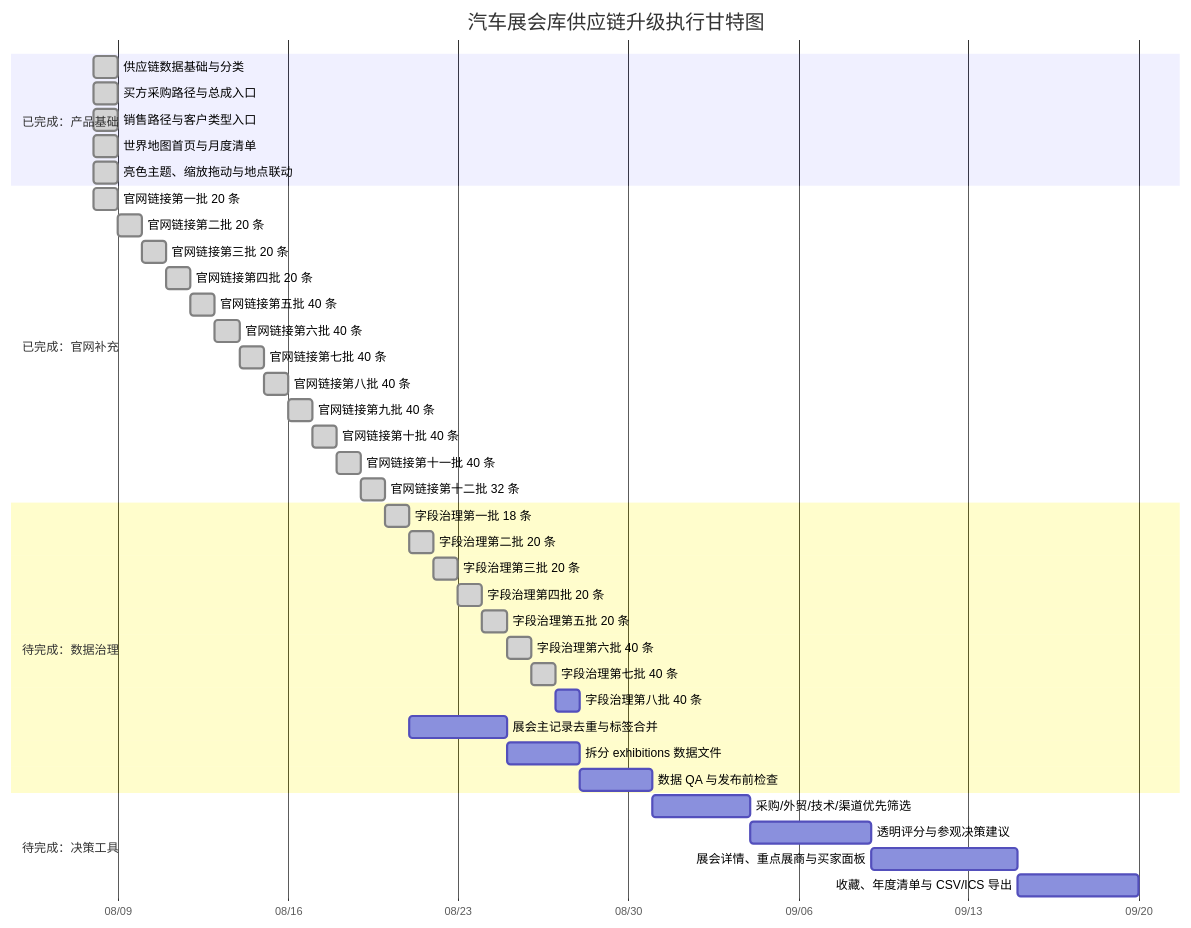
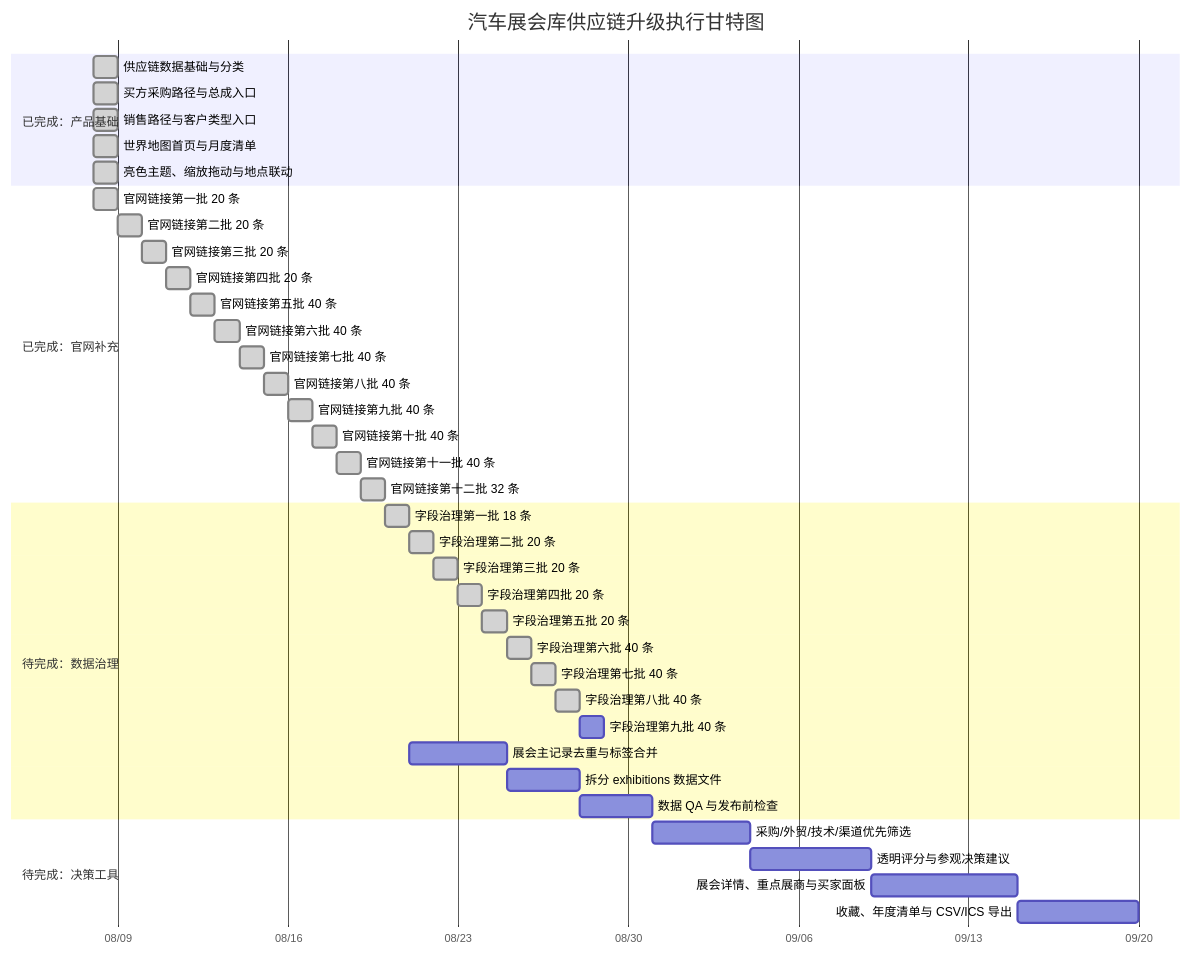
The diagram in docs/PROJECT_PROGRESS.md (Cloudyluk/auto-expo), drawn with Mermaid before and after one commit. The commit also changed other lines of this file and 3 other files, not shown here.

````diff
--- a/docs/PROJECT_PROGRESS.md
+++ b/docs/PROJECT_PROGRESS.md
@@ -20,42 +20,43 @@
 ```mermaid
 gantt
     title 汽车展会库供应链升级执行甘特图
     dateFormat  YYYY-MM-DD
     axisFormat  %m/%d
     section 已完成：产品基础
     供应链数据基础与分类             :done, foundation, 2026-08-08, 1d
     买方采购路径与总成入口           :done, buyer, 2026-08-08, 1d
     销售路径与客户类型入口           :done, seller, 2026-08-08, 1d
     世界地图首页与月度清单           :done, map, 2026-08-08, 1d
     亮色主题、缩放拖动与地点联动     :done, interaction, 2026-08-08, 1d
     section 已完成：官网补充
     官网链接第一批 20 条             :done, links1, 2026-08-08, 1d
     官网链接第二批 20 条             :done, links2, after links1, 1d
     官网链接第三批 20 条             :done, links3, after links2, 1d
     官网链接第四批 20 条             :done, links4, after links3, 1d
     官网链接第五批 40 条             :done, links5done, after links4, 1d
     官网链接第六批 40 条             :done, links6done, after links5done, 1d
     官网链接第七批 40 条             :done, links7done, after links6done, 1d
     官网链接第八批 40 条             :done, links8done, after links7done, 1d
     官网链接第九批 40 条             :done, links9done, after links8done, 1d
     官网链接第十批 40 条             :done, links10done, after links9done, 1d
     官网链接第十一批 40 条           :done, links11done, after links10done, 1d
     官网链接第十二批 32 条           :done, links12done, after links11done, 1d
     section 待完成：数据治理
     字段治理第一批 18 条             :done, fields1, after links12done, 1d
     字段治理第二批 20 条             :done, fields2, after fields1, 1d
     字段治理第三批 20 条             :done, fields3, after fields2, 1d
     字段治理第四批 20 条             :done, fields4, after fields3, 1d
     字段治理第五批 20 条             :done, fields5, after fields4, 1d
     字段治理第六批 40 条             :done, fields6, after fields5, 1d
     字段治理第七批 40 条             :done, fields7, after fields6, 1d
-    字段治理第八批 40 条             :fields8, after fields7, 1d
+    字段治理第八批 40 条             :done, fields8, after fields7, 1d
+    字段治理第九批 40 条             :fields9, after fields8, 1d
     展会主记录去重与标签合并         :dedupe, after fields, 4d
     拆分 exhibitions 数据文件        :split, after dedupe, 3d
     数据 QA 与发布前检查              :qa, after split, 3d
     section 待完成：决策工具
     采购/外贸/技术/渠道优先筛选       :filters, after qa, 4d
     透明评分与参观决策建议           :score, after filters, 5d
     展会详情、重点展商与买家面板      :detail, after score, 6d
     收藏、年度清单与 CSV/ICS 导出     :plan, after detail, 5d
 ```
````
